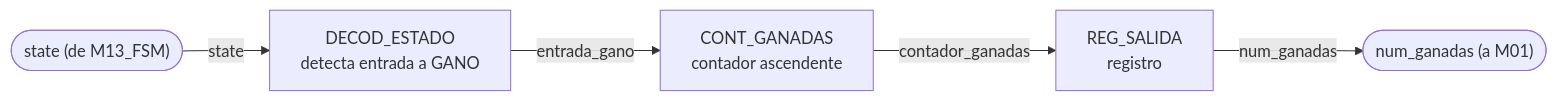
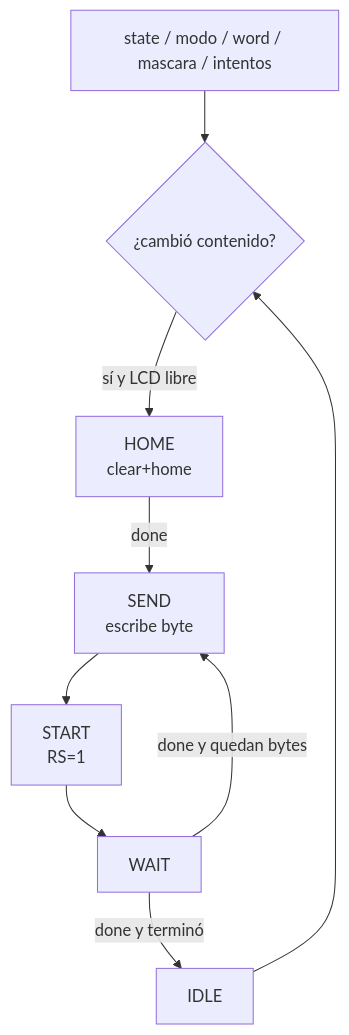
Before and after one commit to Taller-de-diseno-digital-GR01/Proyecto-2-Ahorcado: the ninth of 27 diagrams in docs/diseño/diseño.md, drawn with Mermaid. The commit also changed other lines of this file, not shown here.

````diff
--- a/docs/diseño/diseño.md
+++ b/docs/diseño/diseño.md
@@ -734,7 +642,11 @@
 ```mermaid
-flowchart LR
-    IN_STATE(["state (de M13_FSM)"]) -->|state| DEC_ST["DECOD_ESTADO<br/>detecta entrada a GANO"]
-    DEC_ST -->|entrada_gano| CNT1["CONT_GANADAS<br/>contador ascendente"]
-    CNT1 -->|contador_ganadas| REG_OUT["REG_SALIDA<br/>registro"]
-    REG_OUT -->|num_ganadas| OUT_WIN(["num_ganadas (a M01)"])
+flowchart TD
+        DATA["state / modo / word / mascara / intentos"] --> CMP{"¿cambió contenido?"}
+        CMP -->|sí y LCD libre| HOME["HOME<br/>clear+home"]
+        HOME -->|done| SEND["SEND<br/>escribe byte"]
+        SEND --> START["START<br/>RS=1"]
+        START --> WAIT["WAIT"]
+        WAIT -->|done y quedan bytes| SEND
+        WAIT -->|done y terminó| IDLE["IDLE"]
+        IDLE --> CMP
 ```
````
